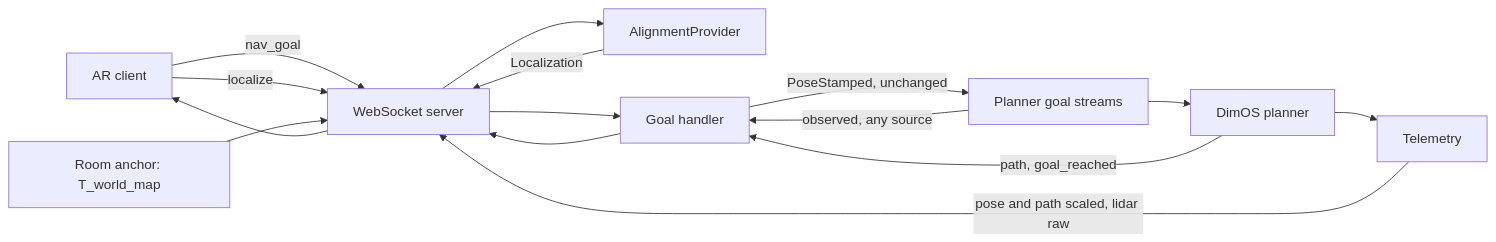
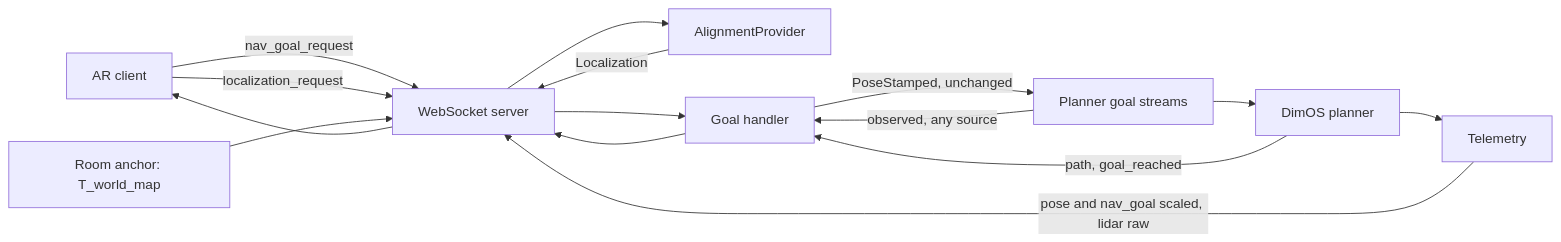
One commit to V4C38/spectacles-dimensional-os changed the diagram in dimos-ar-v2/plan.md. Above: the diagram before and after it, drawn with Mermaid. The commit also changed other lines of this file and 16 other files, not shown here.

````diff
--- a/dimos-ar-v2/plan.md
+++ b/dimos-ar-v2/plan.md
@@ -448,17 +448,17 @@
 ```mermaid
 flowchart LR
-    Lens[AR client] -->|nav_goal| WS[WebSocket server]
-    Lens -->|localize| WS
+    Lens[AR client] -->|nav_goal_request| WS[WebSocket server]
+    Lens -->|localization_request| WS
     WS --> Align[AlignmentProvider]
     Align -->|Localization| WS
     Anchor[Room anchor: T_world_map] --> WS
     WS --> Nav[Goal handler]
     Nav -->|"PoseStamped, unchanged"| Goals[Planner goal streams]
     Goals --> Planner[DimOS planner]
     Goals -->|"observed, any source"| Nav
     Planner -->|"path, goal_reached"| Nav
     Planner --> Tel[Telemetry]
     Nav --> WS
-    Tel -->|"pose and path scaled, lidar raw"| WS
+    Tel -->|"pose and nav_goal scaled, lidar raw"| WS
     WS --> Lens
 ```
````
